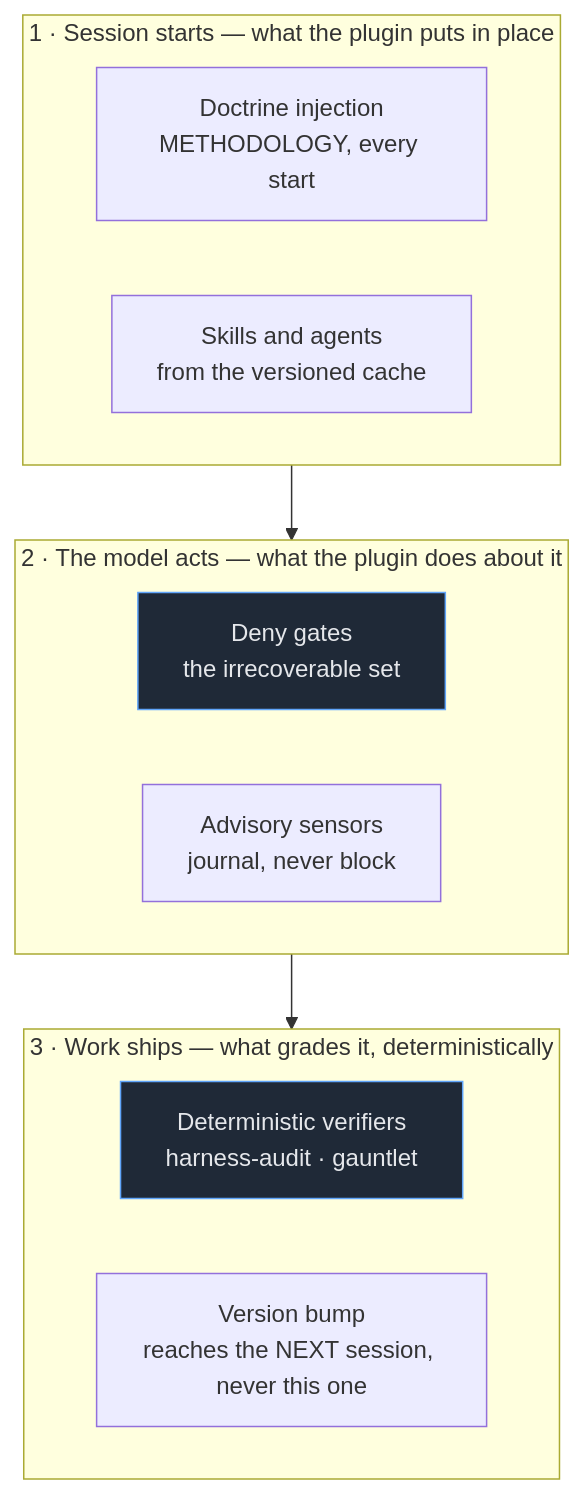
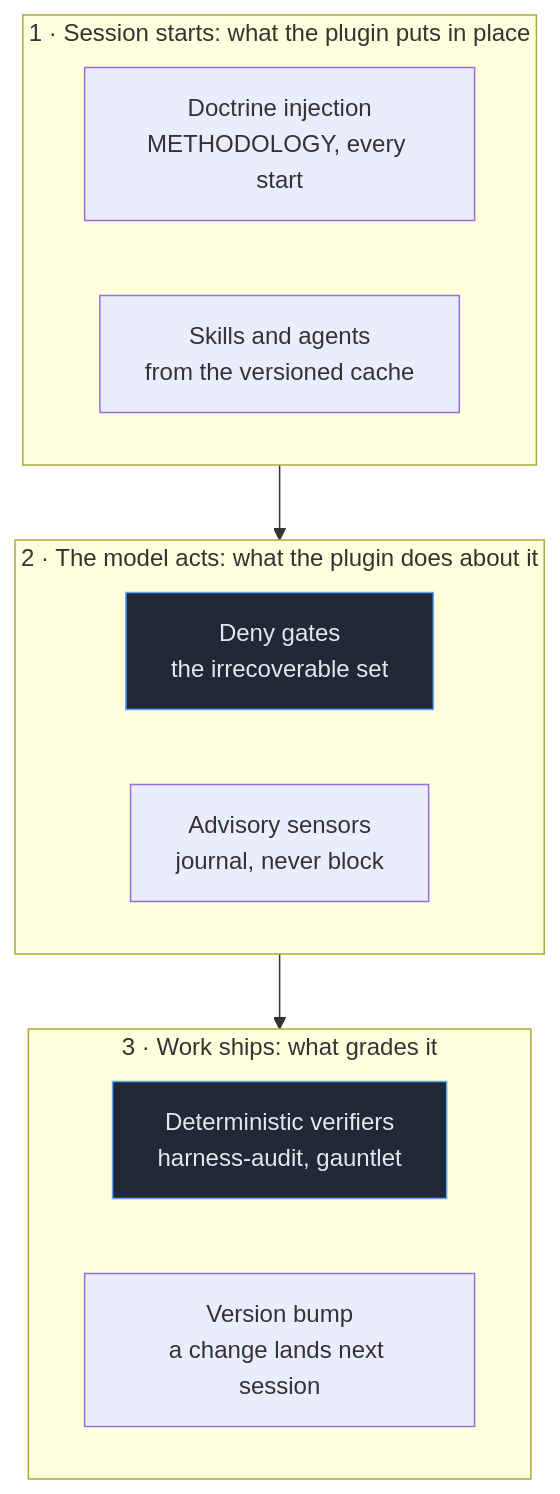
The diagram in README.md (wasikarn/matt-harness), drawn with Mermaid before and after one commit. The commit also changed other lines of this file and 9 other files, not shown here.

````diff
--- a/README.md
+++ b/README.md
@@ -72,23 +71,23 @@
 ```mermaid
 flowchart TB
-    subgraph BEFORE["1 · Session starts — what the plugin puts in place"]
+    subgraph BEFORE["1 · Session starts: what the plugin puts in place"]
         direction LR
         D["Doctrine injection<br/>METHODOLOGY, every start"]
         SU["Skills and agents<br/>from the versioned cache"]
     end
-    subgraph DURING["2 · The model acts — what the plugin does about it"]
+    subgraph DURING["2 · The model acts: what the plugin does about it"]
         direction LR
         G["Deny gates<br/>the irrecoverable set"]
         SE["Advisory sensors<br/>journal, never block"]
     end
-    subgraph AFTER["3 · Work ships — what grades it, deterministically"]
+    subgraph AFTER["3 · Work ships: what grades it"]
         direction LR
-        V["Deterministic verifiers<br/>harness-audit · gauntlet"]
-        B["Version bump<br/>reaches the NEXT session, never this one"]
+        V["Deterministic verifiers<br/>harness-audit, gauntlet"]
+        B["Version bump<br/>a change lands next session"]
     end
 
     BEFORE --> DURING --> AFTER
 
     classDef det fill:#1f2937,stroke:#60a5fa,color:#e5e7eb
     class G,V det
 ```
````
